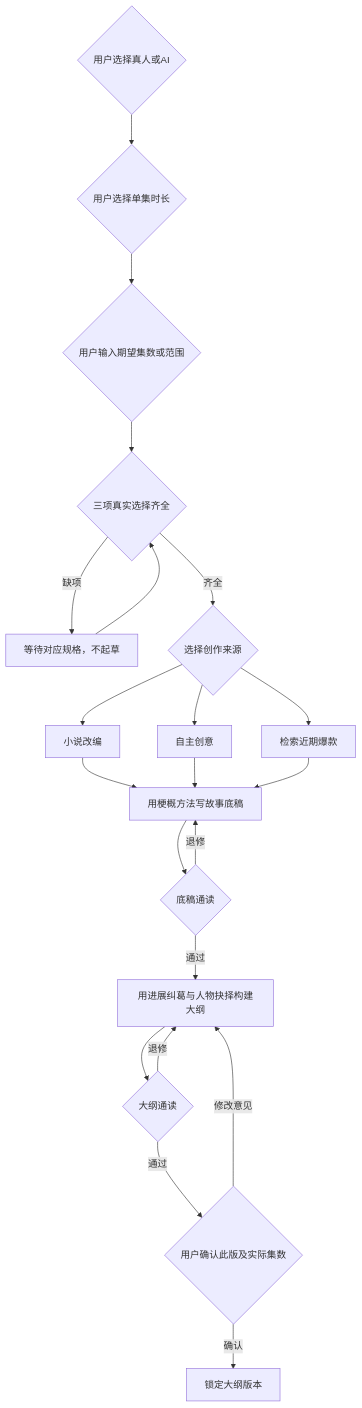
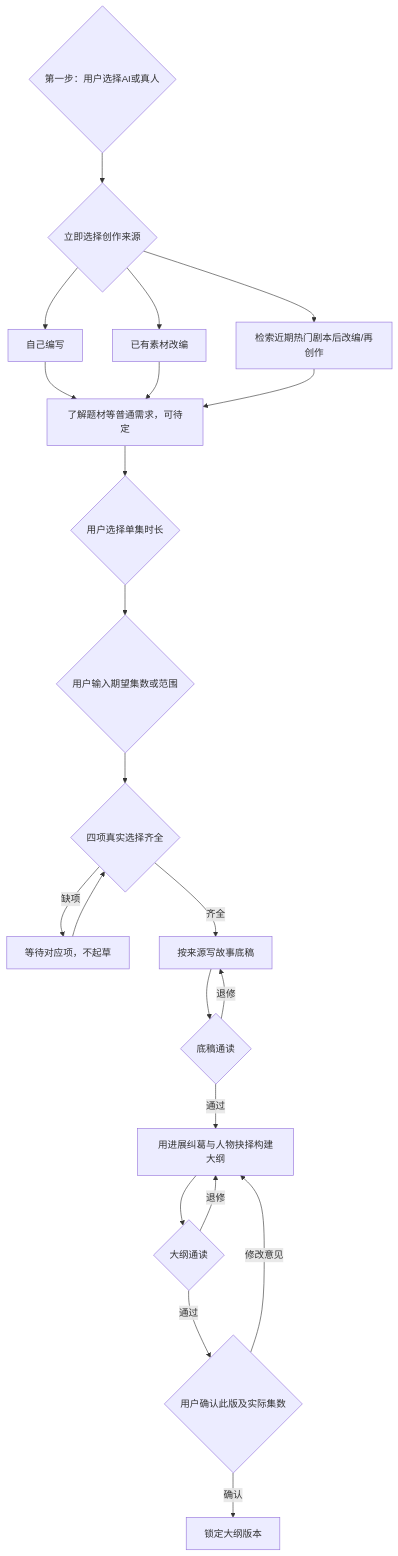
One commit to CodeBlueFriend/mm-write-short-drama changed the first of 3 diagrams in README.md. Above: the diagram before and after it, drawn with Mermaid. The commit also changed other lines of this file and 21 other files, not shown here.

````diff
--- a/README.md
+++ b/README.md
@@ -19,22 +19,24 @@
 ```mermaid
 flowchart TD
-    P{"用户选择真人或AI"} --> T{"用户选择单集时长"}
+    P{"第一步：用户选择AI或真人"} --> S{"立即选择创作来源"}
+    S --> A["自己编写"]
+    S --> B["已有素材改编"]
+    S --> C["检索近期热门剧本后改编/再创作"]
+    A --> R["了解题材等普通需求，可待定"]
+    B --> R
+    C --> R
+    R --> T{"用户选择单集时长"}
     T --> N{"用户输入期望集数或范围"}
-    N --> Q{"三项真实选择齐全"}
-    Q -->|缺项| W["等待对应规格，不起草"]
+    N --> Q{"四项真实选择齐全"}
+    Q -->|缺项| W["等待对应项，不起草"]
     W --> Q
-    Q -->|齐全| S{"选择创作来源"} --> A["小说改编"]
-    S --> B["自主创意"]
-    S --> C["检索近期爆款"]
-    A --> D["用梗概方法写故事底稿"]
-    B --> D
-    C --> D
+    Q -->|齐全| D["按来源写故事底稿"]
     D --> E{"底稿通读"}
     E -->|退修| D
     E -->|通过| F["用进展纠葛与人物抉择构建大纲"]
     F --> G{"大纲通读"}
     G -->|退修| F
     G -->|通过| H{"用户确认此版及实际集数"}
     H -->|修改意见| F
     H -->|确认| I["锁定大纲版本"]
 ```
````
